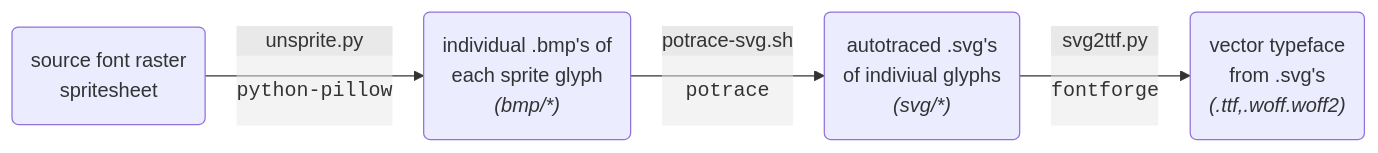
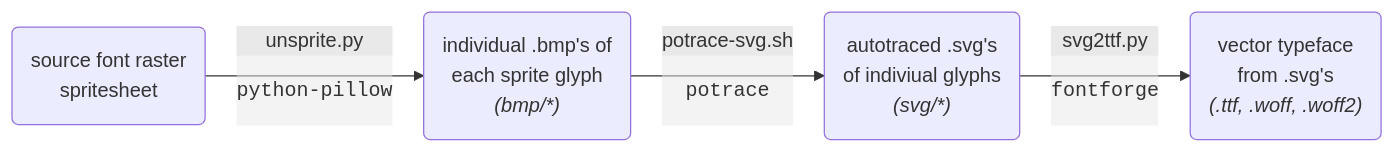
The diagram in README.md (jsrf-tool/jsrf-dialog-font), drawn with Mermaid before and after one commit.

````diff
--- a/README.md
+++ b/README.md
@@ -26,6 +26,6 @@
 ```mermaid
 graph LR;
     A(source font raster<br/>spritesheet)-->|unsprite.py<br/><pre>python-pillow</pre>|B("individual .bmp's of<br/>each sprite glyph<br/><i>(bmp/*)</i>");
     B-->|potrace-svg.sh<br/><pre>potrace</pre>|C("autotraced .svg's<br/>of indiviual glyphs<br/><i>(svg/*)</i>");
-    C-->|svg2ttf.py<br/><pre>fontforge</pre>|D("vector typeface<br/>from .svg's<br/><i>(.ttf,.woff.woff2)</i>");
+    C-->|svg2ttf.py<br/><pre>fontforge</pre>|D("vector typeface<br/>from .svg's<br/><i>(.ttf, .woff, .woff2)</i>");
 ```
````
